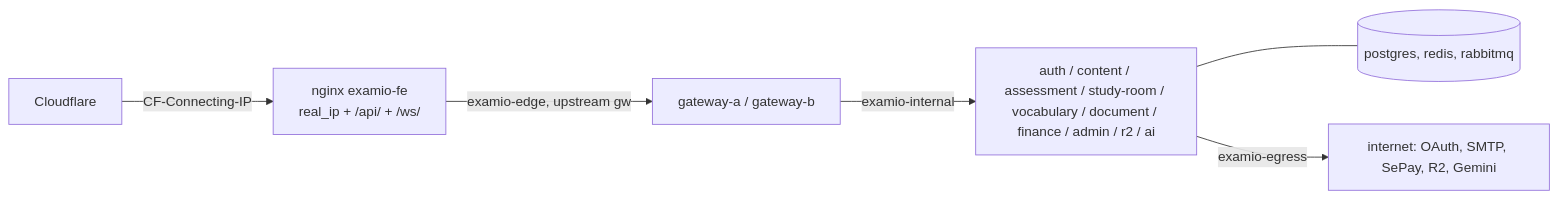
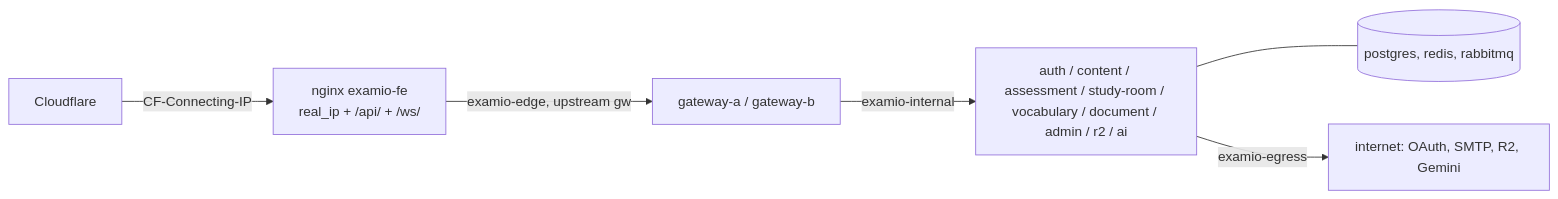
Before and after one commit to tgiap04/examio: the ninth of 9 diagrams in docs/system/architecture.md, drawn with Mermaid. The commit also changed other lines of this file and 48 other files, not shown here.

Commit message:
docs: drop finance from architecture, system and feature docs

````diff
--- a/docs/system/architecture.md
+++ b/docs/system/architecture.md
@@ -604,8 +585,8 @@
 ```mermaid
 graph LR
     CF[Cloudflare] -->|CF-Connecting-IP| NGX[nginx examio-fe<br/>real_ip + /api/ + /ws/]
     NGX -->|examio-edge, upstream gw| GW[gateway-a / gateway-b]
-    GW -->|examio-internal| SVC[auth / content / assessment / study-room / vocabulary / document / finance / admin / r2 / ai]
+    GW -->|examio-internal| SVC[auth / content / assessment / study-room / vocabulary / document / admin / r2 / ai]
     SVC --- DATA[(postgres, redis, rabbitmq)]
-    SVC -->|examio-egress| NET[internet: OAuth, SMTP, SePay, R2, Gemini]
+    SVC -->|examio-egress| NET[internet: OAuth, SMTP, R2, Gemini]
 ```
````
